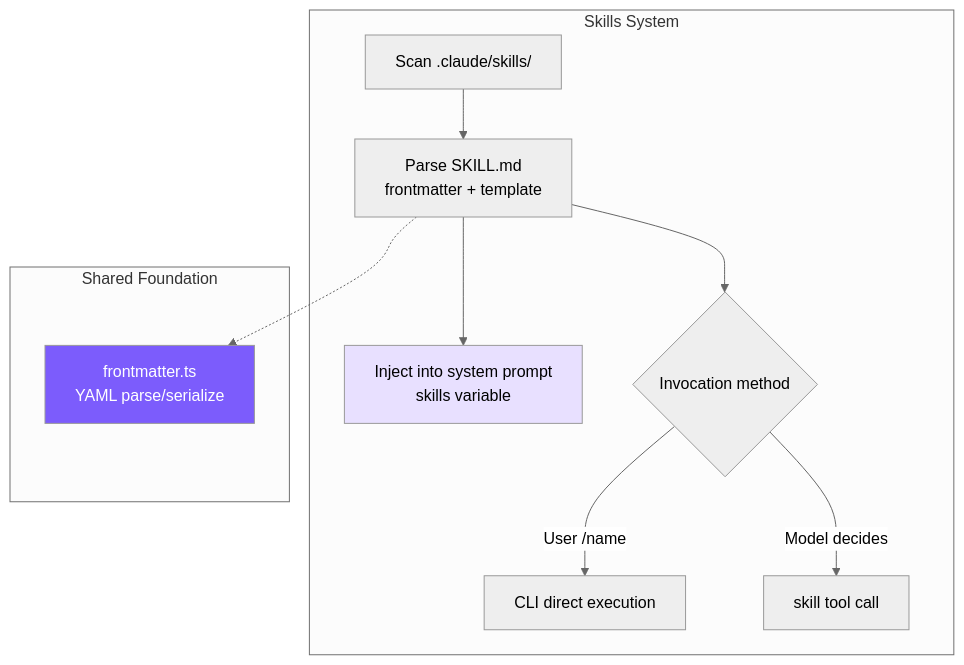
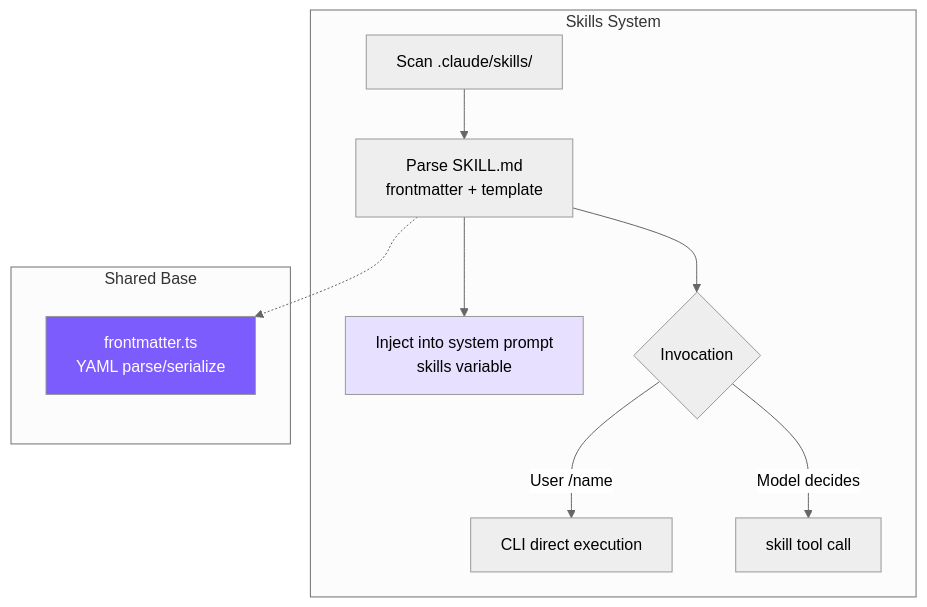
Before and after one commit to joinmouse/claude-code-mini: the first of 3 diagrams in en/docs/09-skills.md, drawn with Mermaid (neutral theme). The commit also changed other lines of this file and 30 other files, not shown here.

````diff
--- a/en/docs/09-skills.md
+++ b/en/docs/09-skills.md
@@ -7,19 +5,19 @@
 ```mermaid
 graph TB
     subgraph Skills System
         Discover[Scan .claude/skills/] --> Parse[Parse SKILL.md<br/>frontmatter + template]
         Parse --> Inject[Inject into system prompt<br/>skills variable]
-        Parse --> Invoke{Invocation method}
+        Parse --> Invoke{Invocation}
         Invoke -->|User /name| REPL[CLI direct execution]
         Invoke -->|Model decides| Tool[skill tool call]
     end
 
-    subgraph Shared Foundation
+    subgraph Shared Base
         FM[frontmatter.ts<br/>YAML parse/serialize]
     end
 
     Parse -.-> FM
 
     style FM fill:#7c5cfc,color:#fff
     style Inject fill:#e8e0ff
 ```
````
